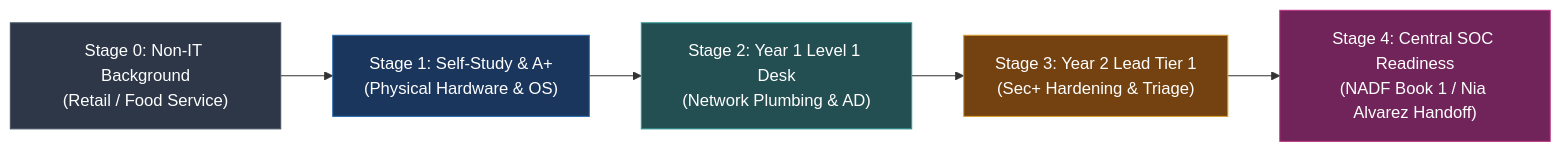
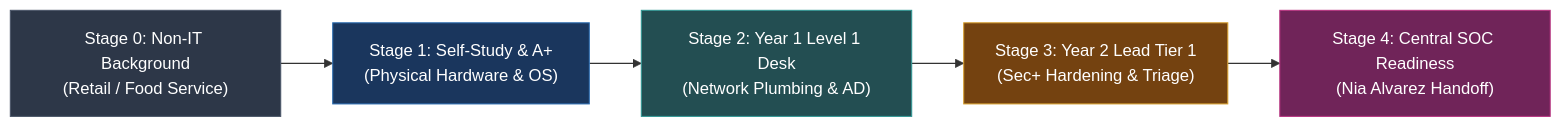
The first of 16 diagrams in docs/research/PORTLAND_CURRICULUM_PLAN.md (cwarloe/learning-narrative-kit), drawn with Mermaid before and after one commit. The commit also changed other lines of this file and 18 other files, not shown here.

````diff
--- a/docs/research/PORTLAND_CURRICULUM_PLAN.md
+++ b/docs/research/PORTLAND_CURRICULUM_PLAN.md
@@ -28,13 +28,13 @@
 ```mermaid
 flowchart LR
     A["Stage 0: Non-IT Background<br/>(Retail / Food Service)"] --> B["Stage 1: Self-Study & A+<br/>(Physical Hardware & OS)"]
     B --> C["Stage 2: Year 1 Level 1 Desk<br/>(Network Plumbing & AD)"]
     C --> D["Stage 3: Year 2 Lead Tier 1<br/>(Sec+ Hardening & Triage)"]
-    D --> E["Stage 4: Central SOC Readiness<br/>(NADF Book 1 / Nia Alvarez Handoff)"]
+    D --> E["Stage 4: Central SOC Readiness<br/>(Nia Alvarez Handoff)"]
 
     style A fill:#2d3748,stroke:#4a5568,color:#fff
     style B fill:#1a365d,stroke:#2b6cb0,color:#fff
     style C fill:#234e52,stroke:#319795,color:#fff
     style D fill:#744210,stroke:#d69e2e,color:#fff
     style E fill:#702459,stroke:#b83280,color:#fff
 ```
````
